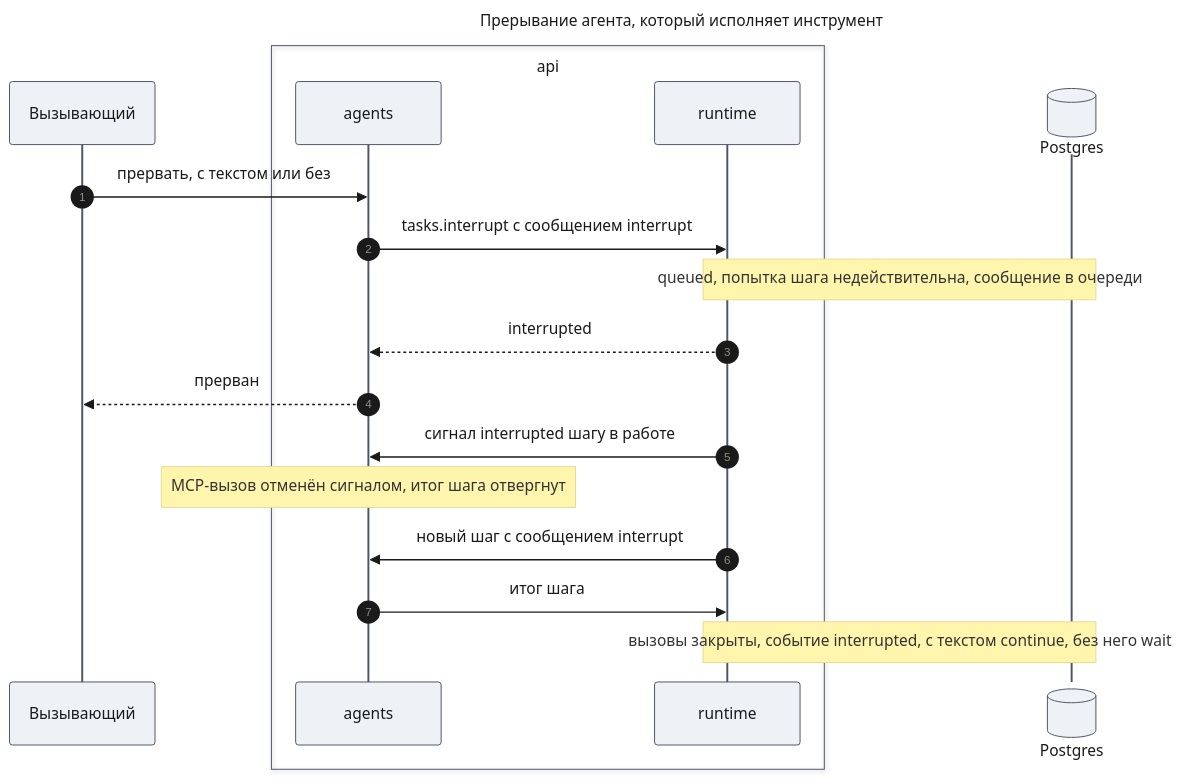
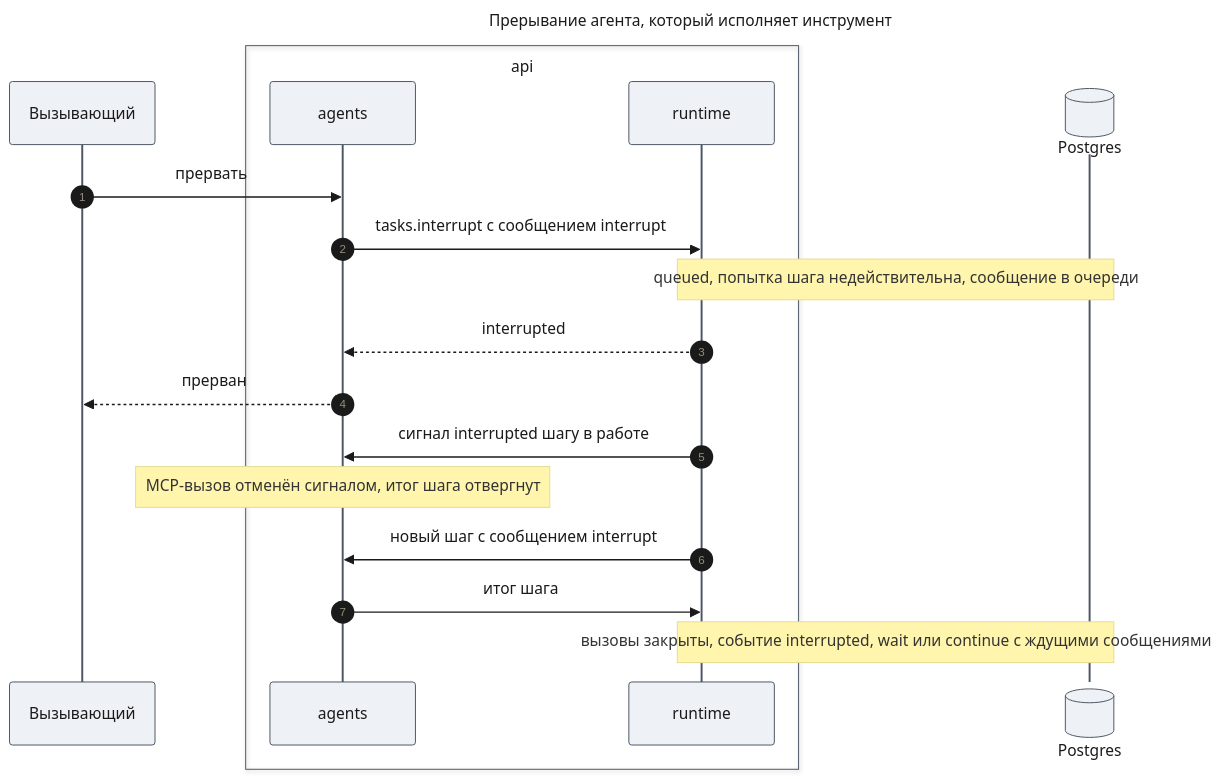
One commit to tundraray/agent-os changed the seventh of 12 diagrams in docs/features/agent-platform/design-agents.md. Above: the diagram before and after it, drawn with Mermaid. The commit also changed other lines of this file and 528 other files, not shown here.

````diff
--- a/docs/features/agent-platform/design-agents.md
+++ b/docs/features/agent-platform/design-agents.md
@@ -502,41 +502,41 @@
 ```mermaid
 ---
 title: "Прерывание агента, который исполняет инструмент"
 config:
   theme: base
   look: classic
   themeVariables:
     primaryColor: "#eef1f5"
     primaryBorderColor: "#4b5563"
     primaryTextColor: "#1a1a1a"
     lineColor: "#6b7280"
   themeCSS: |
     @keyframes lit_ga4{0%,12.86%{stroke:#991b1b;stroke-width:6px}14.29%,100%{stroke:#37474f;stroke-width:2px}}
     @keyframes litr_ga4{0%,12.86%{stroke:#1d4ed8;stroke-width:6px}14.29%,100%{stroke:#37474f;stroke-width:2px}}
     .messageLine0[data-id='i1'],.messageLine1[data-id='i1']{animation:lit_ga4 8.4s linear 0s infinite}
     .messageLine0[data-id='i2'],.messageLine1[data-id='i2']{animation:lit_ga4 8.4s linear 1.2s infinite}
     .messageLine0[data-id='i4'],.messageLine1[data-id='i4']{animation:litr_ga4 8.4s linear 2.4s infinite}
     .messageLine0[data-id='i5'],.messageLine1[data-id='i5']{animation:litr_ga4 8.4s linear 3.6s infinite}
     .messageLine0[data-id='i6'],.messageLine1[data-id='i6']{animation:lit_ga4 8.4s linear 4.8s infinite}
     .messageLine0[data-id='i8'],.messageLine1[data-id='i8']{animation:litr_ga4 8.4s linear 6s infinite}
     .messageLine0[data-id='i9'],.messageLine1[data-id='i9']{animation:lit_ga4 8.4s linear 7.2s infinite}
 ---
 sequenceDiagram
     autonumber
     participant C as Вызывающий
     box api
     participant AG as agents
     participant RT as runtime
     end
     participant DB@{ "type": "database" } as Postgres
-    C->>AG: прервать, с текстом или без
+    C->>AG: прервать
     AG->>RT: tasks.interrupt с сообщением interrupt
     Note over RT,DB: queued, попытка шага недействительна, сообщение в очереди
     RT-->>AG: interrupted
     AG-->>C: прерван
     RT->>AG: сигнал interrupted шагу в работе
     Note over AG: MCP-вызов отменён сигналом, итог шага отвергнут
     RT->>AG: новый шаг с сообщением interrupt
     AG->>RT: итог шага
-    Note over RT,DB: вызовы закрыты, событие interrupted, с текстом continue, без него wait
+    Note over RT,DB: вызовы закрыты, событие interrupted, wait или continue с ждущими сообщениями
 ```
````
